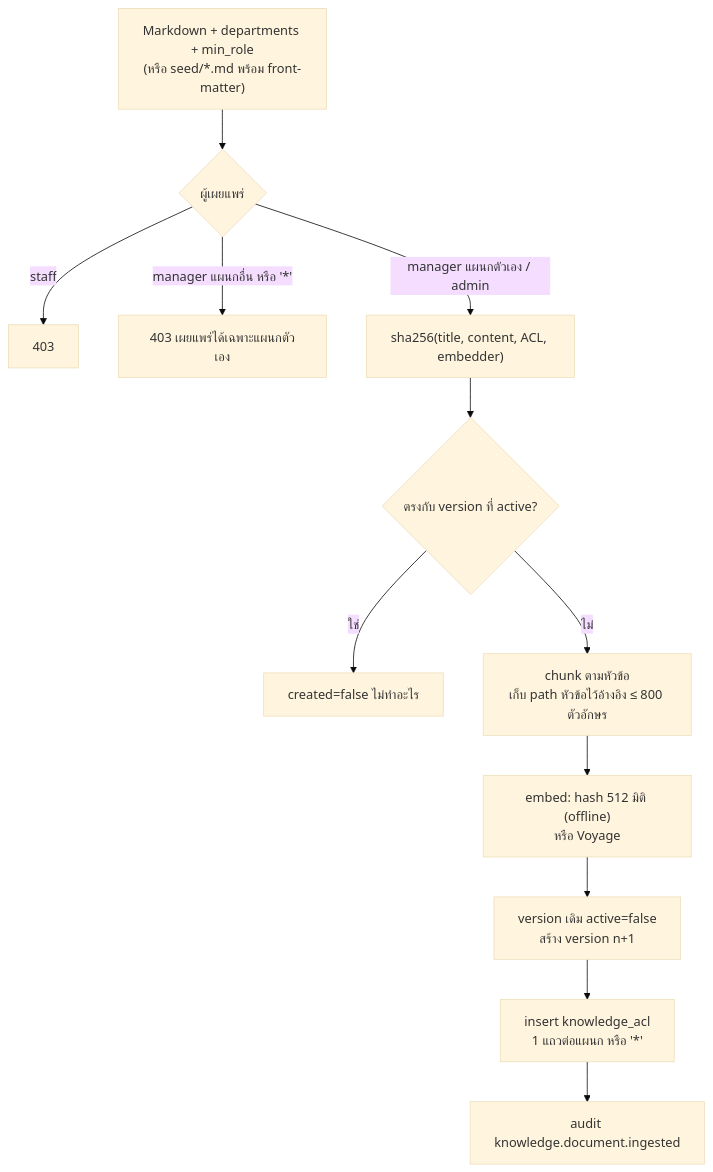
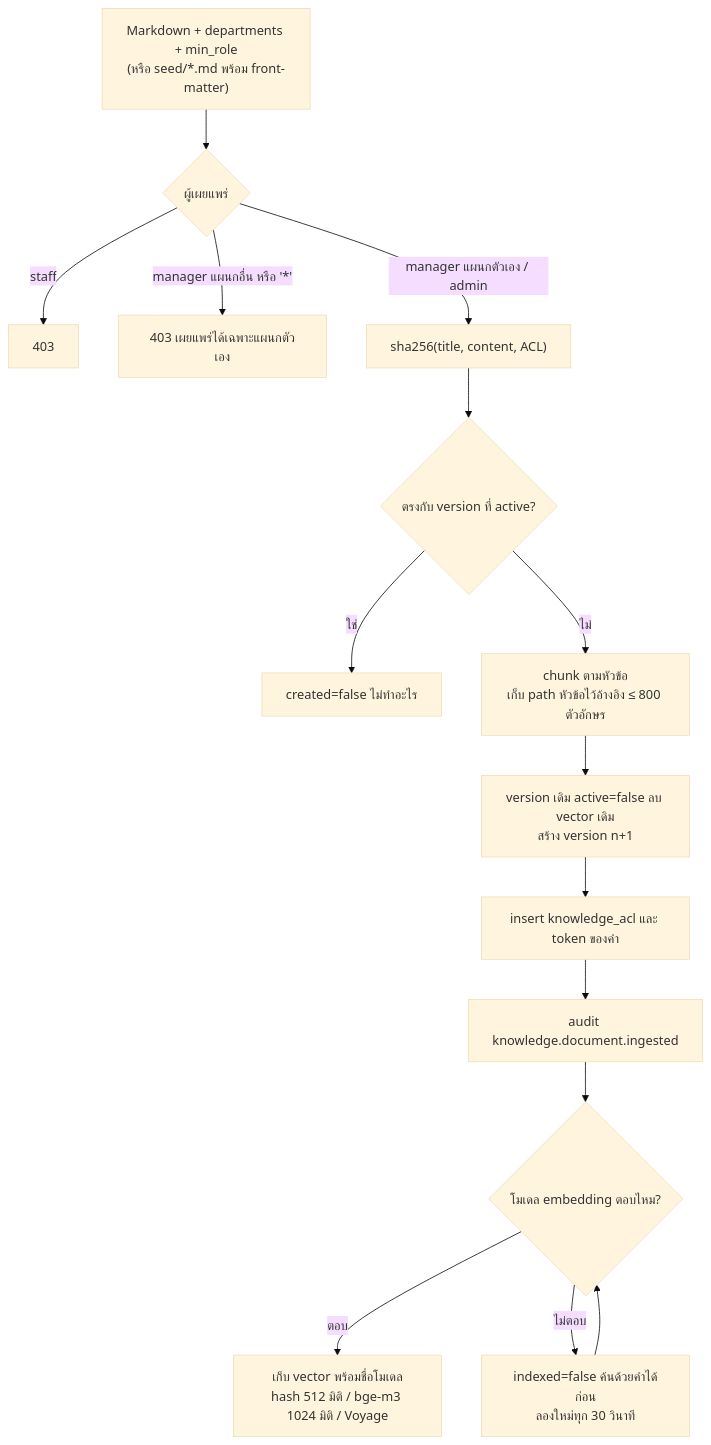
Before and after one commit to tomy11/OpsPilot: the eighth of 13 diagrams in docs/flows.md, drawn with Mermaid (base theme). The commit also changed other lines of this file and 30 other files, not shown here.

````diff
--- a/docs/flows.md
+++ b/docs/flows.md
@@ -282,14 +282,17 @@
 ```mermaid
 flowchart TD
   in["Markdown + departments + min_role<br/>(หรือ seed/*.md พร้อม front-matter)"] --> who{"ผู้เผยแพร่"}
   who -- staff --> x1["403"]
   who -- "manager แผนกอื่น หรือ '*'" --> x2["403 เผยแพร่ได้เฉพาะแผนกตัวเอง"]
-  who -- "manager แผนกตัวเอง / admin" --> h["sha256(title, content, ACL, embedder)"]
+  who -- "manager แผนกตัวเอง / admin" --> h["sha256(title, content, ACL)"]
   h --> same{"ตรงกับ version ที่ active?"}
   same -- ใช่ --> nochange["created=false ไม่ทำอะไร"]
   same -- ไม่ --> chunk["chunk ตามหัวข้อ<br/>เก็บ path หัวข้อไว้อ้างอิง ≤ 800 ตัวอักษร"]
-  chunk --> emb["embed: hash 512 มิติ (offline)<br/>หรือ Voyage"]
-  emb --> ver["version เดิม active=false<br/>สร้าง version n+1"]
-  ver --> acl["insert knowledge_acl<br/>1 แถวต่อแผนก หรือ '*'"]
+  chunk --> ver["version เดิม active=false ลบ vector เดิม<br/>สร้าง version n+1"]
+  ver --> acl["insert knowledge_acl และ token ของคำ"]
   acl --> aud["audit knowledge.document.ingested"]
+  aud --> emb{"โมเดล embedding ตอบไหม?"}
+  emb -- ตอบ --> vec["เก็บ vector พร้อมชื่อโมเดล<br/>hash 512 มิติ / bge-m3 1024 มิติ / Voyage"]
+  emb -- ไม่ตอบ --> wait["indexed=false ค้นด้วยคำได้ก่อน<br/>ลองใหม่ทุก 30 วินาที"]
+  wait --> emb
 ```
````
